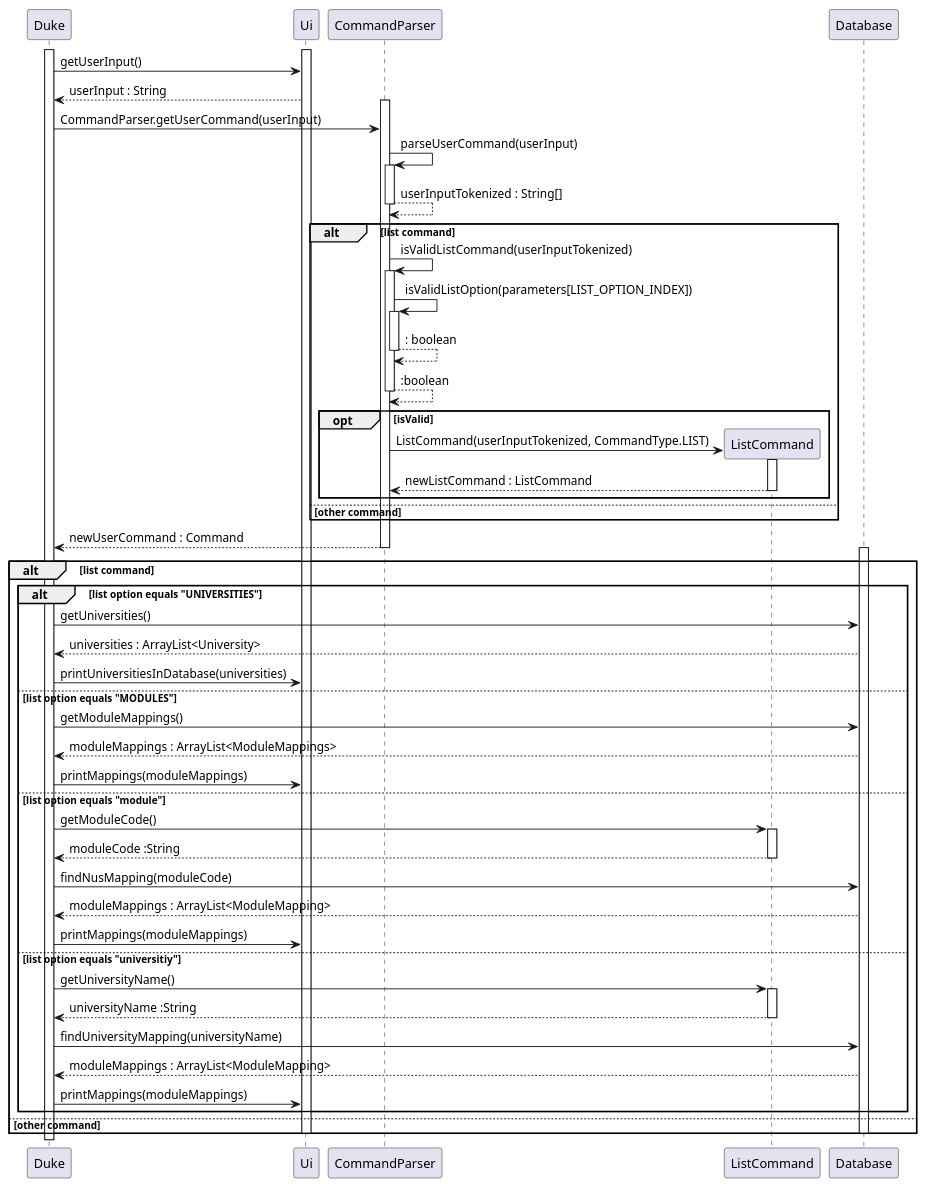
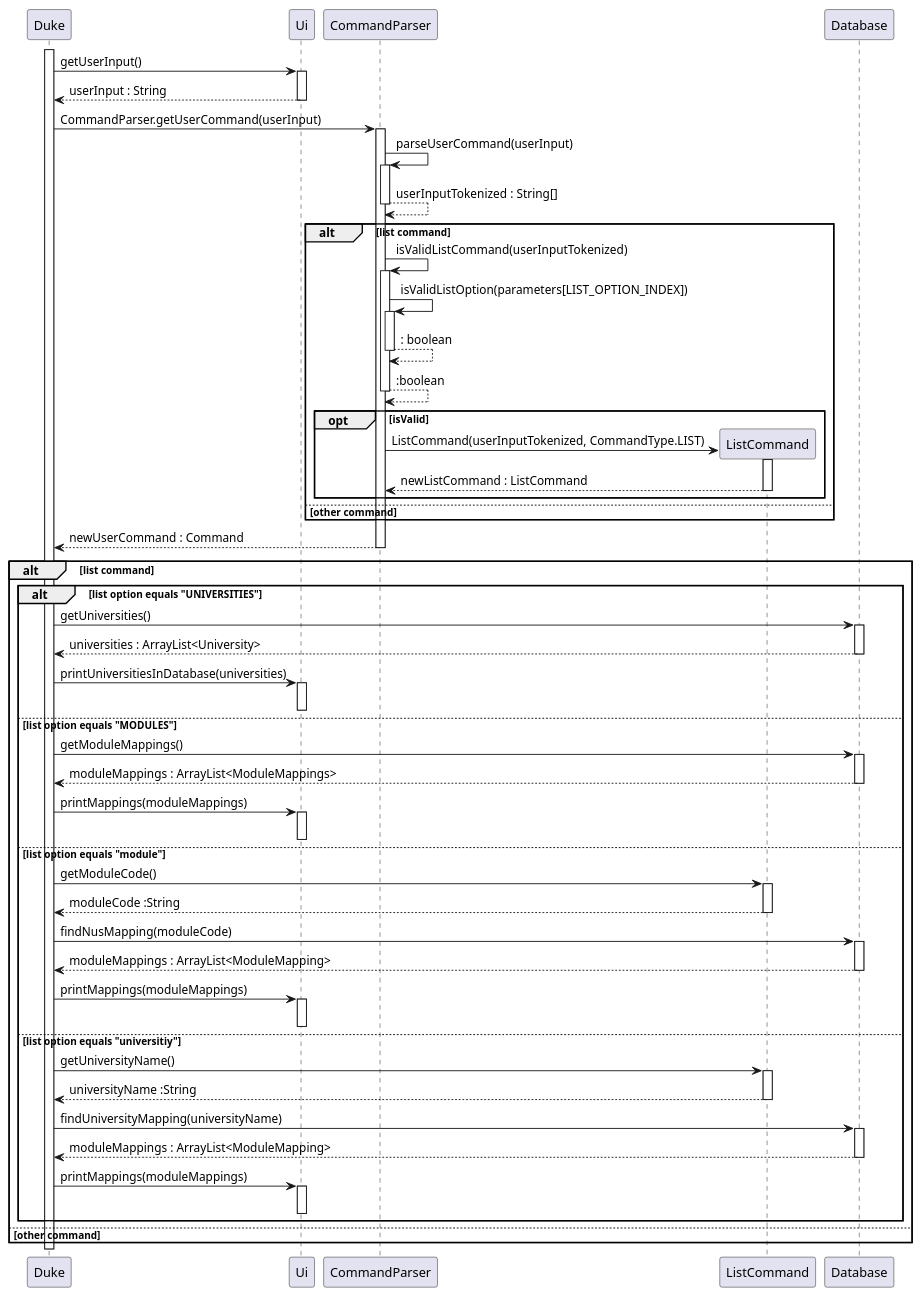
One commit to nus-cs2113-AY2223S1/tp changed the diagram in docs/diagrams/ListCommand_Sequence.puml. Above: the diagram before and after it, drawn with PlantUML. The commit also changed 1 other file, not shown here.

Commit message:
Update list command sequence diagram

```diff
--- a/docs/diagrams/ListCommand_Sequence.puml
+++ b/docs/diagrams/ListCommand_Sequence.puml
@@ -1,100 +1,114 @@
 @startuml
 
 activate Duke
-activate Ui
 
 Duke -> Ui : getUserInput()
+activate Ui
 Ui --> Duke : userInput : String
+deactivate Ui
 
+Duke -> CommandParser : CommandParser.getUserCommand(userInput)
 activate CommandParser
-Duke -> CommandParser : CommandParser.getUserCommand(userInput)
-
 CommandParser -> CommandParser : parseUserCommand(userInput)
 activate CommandParser
 CommandParser --> CommandParser : userInputTokenized : String[]
 deactivate CommandParser
 
 alt list command
 
     CommandParser -> CommandParser : isValidListCommand(userInputTokenized)
     activate CommandParser
 
     CommandParser -> CommandParser : isValidListOption(parameters[LIST_OPTION_INDEX])
     activate CommandParser
     CommandParser --> CommandParser : : boolean
     deactivate CommandParser
 
     CommandParser --> CommandParser : :boolean
     deactivate CommandParser
 
     opt isValid
 
         create ListCommand
         CommandParser -> ListCommand : ListCommand(userInputTokenized, CommandType.LIST)
         activate ListCommand
         ListCommand --> CommandParser : newListCommand : ListCommand
         deactivate ListCommand
 
     end
 
 else other command
 
 end
 
 CommandParser --> Duke : newUserCommand : Command
 deactivate CommandParser
 
 alt list command
 
-    activate Database
-
     alt list option equals "UNIVERSITIES"
 
         Duke -> Database : getUniversities()
+        activate Database
         Database --> Duke : universities : ArrayList<University>
+        deactivate Database
 
         Duke -> Ui : printUniversitiesInDatabase(universities)
+        activate Ui
+        deactivate Ui
 
     else list option equals "MODULES"
 
         Duke -> Database : getModuleMappings()
+        activate Database
         Database --> Duke : moduleMappings : ArrayList<ModuleMappings>
+        deactivate Database
 
         Duke -> Ui : printMappings(moduleMappings)
+        activate Ui
+        deactivate Ui
 
     else list option equals "module"
 
         Duke -> ListCommand : getModuleCode()
         activate ListCommand
         ListCommand --> Duke : moduleCode :String
         deactivate ListCommand
         
         Duke -> Database : findNusMapping(moduleCode)
+        activate Database
         Database --> Duke : moduleMappings : ArrayList<ModuleMapping>
+        deactivate Database
 
         Duke -> Ui : printMappings(moduleMappings)
+        activate Ui
+        deactivate Ui
 
     else list option equals "universitiy"
 
         Duke -> ListCommand : getUniversityName()
         activate ListCommand
         ListCommand --> Duke : universityName :String
         deactivate ListCommand
         
         Duke -> Database : findUniversityMapping(universityName)
+        activate Database
         Database --> Duke : moduleMappings : ArrayList<ModuleMapping>
+        deactivate Database
 
         Duke -> Ui : printMappings(moduleMappings)
+        activate Ui
+        deactivate Ui
 
     end
 
 else other command
 
 deactivate Database
 deactivate Ui
 
 end
 
 deactivate Duke
 
 @enduml
```
